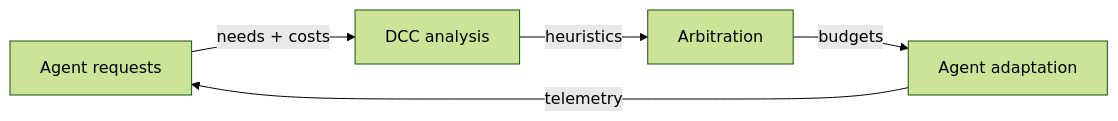
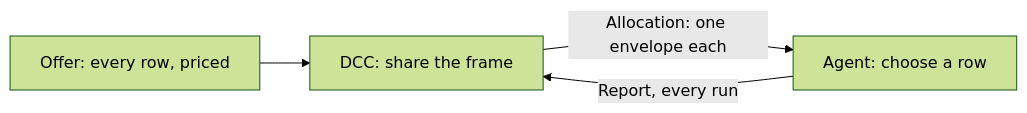
One commit to eraflo/KhoraEngine changed the first of 2 diagrams in docs/src/concepts/saa.md. Above: the diagram before and after it, drawn with Mermaid (forest theme). The commit also changed other lines of this file and 11 other files, not shown here.

````diff
--- a/docs/src/concepts/saa.md
+++ b/docs/src/concepts/saa.md
@@ -93,7 +94,6 @@
 ```mermaid
 flowchart LR
-    A[Agent requests] -->|needs + costs| B[DCC analysis]
-    B -->|heuristics| C[Arbitration]
-    C -->|budgets| D[Agent adaptation]
-    D -->|telemetry| A
+    A[Offer: every row, priced] --> B[DCC: share the frame]
+    B -->|Allocation: one envelope each| C[Agent: choose a row]
+    C -->|Report, every run| B
 ```
````
